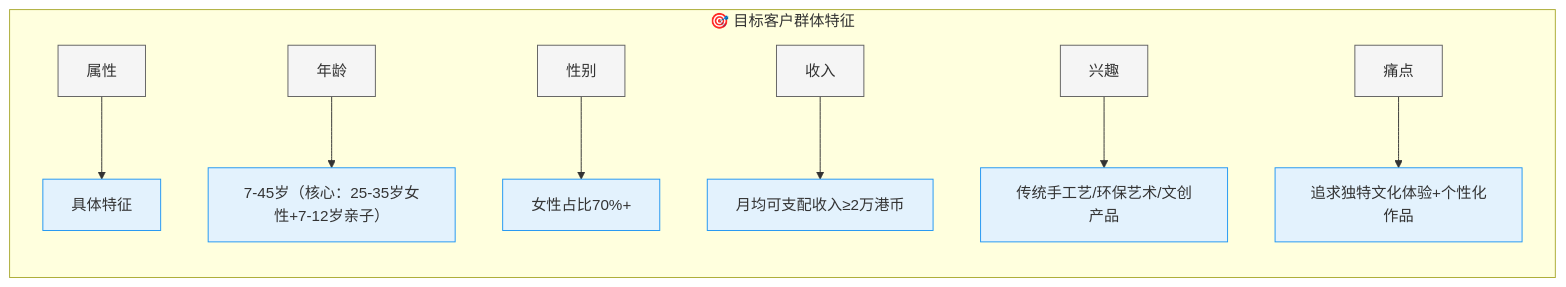
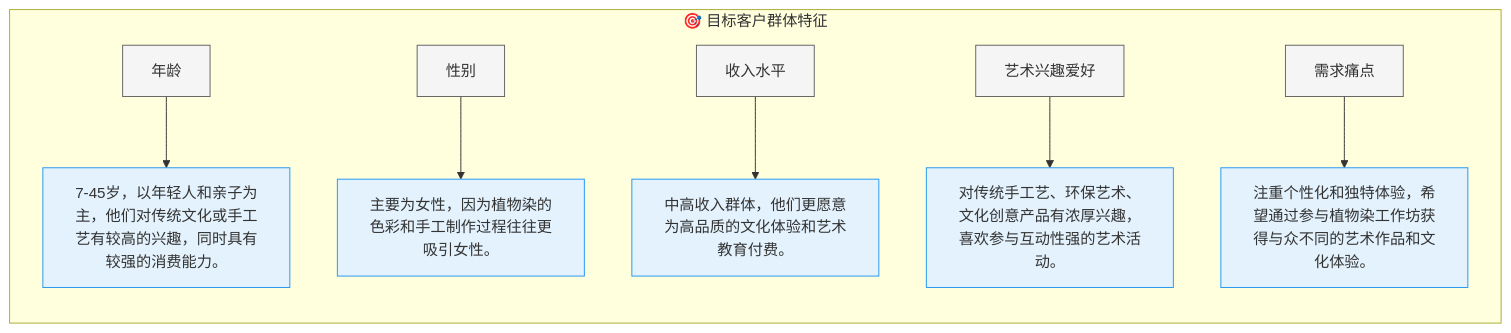
One commit to NaturalRice/git-demo changed the fourth of 5 diagrams in README.md. Above: the diagram before and after it, drawn with Mermaid.

````diff
--- a/README.md
+++ b/README.md
@@ -76,15 +76,14 @@
 ```mermaid
 flowchart TD
     classDef attr fill:#f5f5f5,stroke:#616161
     classDef value fill:#e3f2fd,stroke:#2196f3
 
     subgraph 客户画像["🎯 目标客户群体特征"]
         direction TB
-        A1["属性"]:::attr --> A2["具体特征"]:::value
-        B1["年龄"]:::attr --> B2["7-45岁（核心：25-35岁女性+7-12岁亲子）"]:::value
-        C1["性别"]:::attr --> C2["女性占比70%+"]:::value
-        D1["收入"]:::attr --> D2["月均可支配收入≥2万港币"]:::value
-        E1["兴趣"]:::attr --> E2["传统手工艺/环保艺术/文创产品"]:::value
-        F1["痛点"]:::attr --> F2["追求独特文化体验+个性化作品"]:::value
+        A1["年龄"]:::attr --> B2["7-45岁，以年轻人和亲子为主，他们对传统文化或手工艺有较高的兴趣，同时具有较强的消费能力。"]:::value
+        B1["性别"]:::attr --> C2["主要为女性，因为植物染的色彩和手工制作过程往往更吸引女性。"]:::value
+        C1["收入水平"]:::attr --> D2["中高收入群体，他们更愿意为高品质的文化体验和艺术教育付费。"]:::value
+        D1["艺术兴趣爱好"]:::attr --> E2["对传统手工艺、环保艺术、文化创意产品有浓厚兴趣，喜欢参与互动性强的艺术活动。"]:::value
+        E1["需求痛点"]:::attr --> F2["注重个性化和独特体验，希望通过参与植物染工作坊获得与众不同的艺术作品和文化体验。"]:::value
     end
 ```
````
